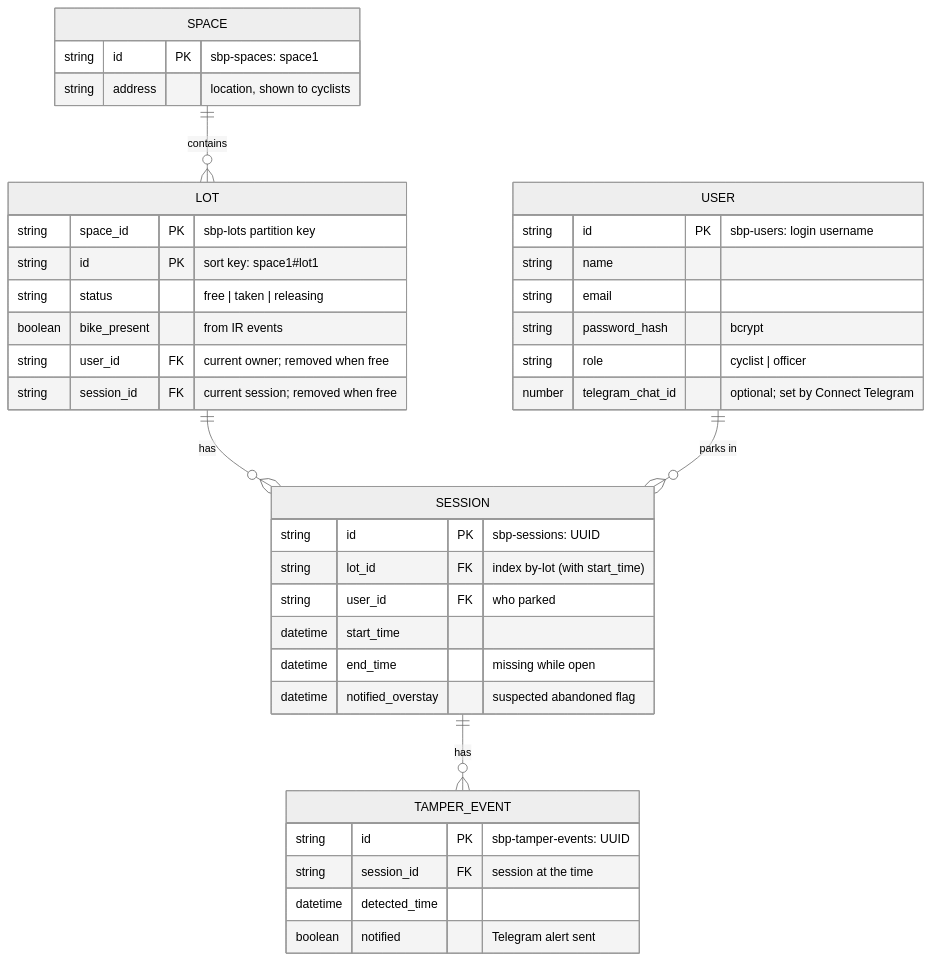
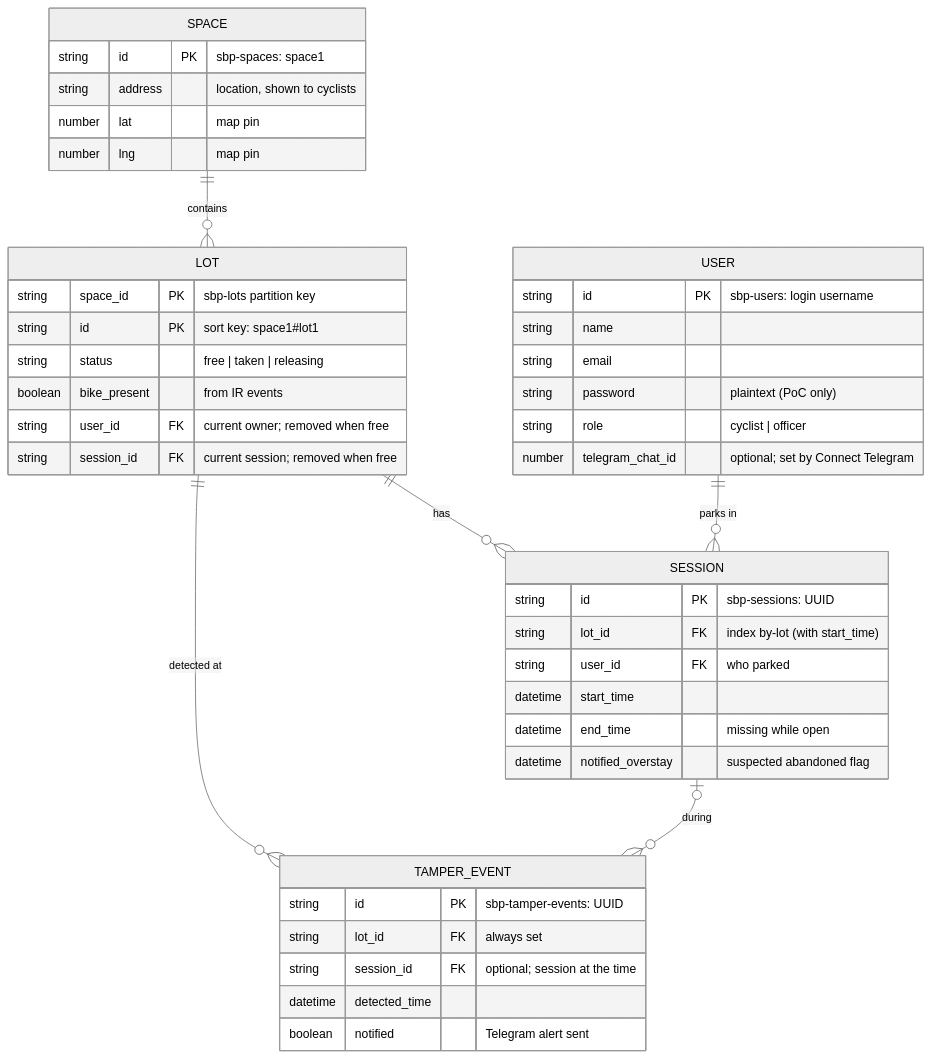
The diagram in docs/agreed-names-and-formats.md (realestzeyu/smart-bike-parking), drawn with Mermaid (neutral theme) before and after one commit. The commit also changed other lines of this file and 10 other files, not shown here.

Commit message:
updated ERD into terraform with lng/lat and changed stack from NiceGUI to traditional FastAPI and added webapp design pngs

````diff
--- a/docs/agreed-names-and-formats.md
+++ b/docs/agreed-names-and-formats.md
@@ -38,42 +43,46 @@
 ```mermaid
 erDiagram
     SPACE ||--o{ LOT : contains
     LOT ||--o{ SESSION : has
     USER ||--o{ SESSION : "parks in"
-    SESSION ||--o{ TAMPER_EVENT : has
+    LOT ||--o{ TAMPER_EVENT : "detected at"
+    SESSION |o--o{ TAMPER_EVENT : "during"
 
     SPACE {
         string id PK "sbp-spaces: space1"
         string address "location, shown to cyclists"
+        number lat "map pin"
+        number lng "map pin"
     }
     LOT {
         string space_id PK "sbp-lots partition key"
         string id PK "sort key: space1#lot1"
         string status "free | taken | releasing"
         boolean bike_present "from IR events"
         string user_id FK "current owner; removed when free"
         string session_id FK "current session; removed when free"
     }
     USER {
         string id PK "sbp-users: login username"
         string name
         string email
-        string password_hash "bcrypt"
+        string password "plaintext (PoC only)"
         string role "cyclist | officer"
         number telegram_chat_id "optional; set by Connect Telegram"
     }
     SESSION {
         string id PK "sbp-sessions: UUID"
         string lot_id FK "index by-lot (with start_time)"
         string user_id FK "who parked"
         datetime start_time
         datetime end_time "missing while open"
         datetime notified_overstay "suspected abandoned flag"
     }
     TAMPER_EVENT {
         string id PK "sbp-tamper-events: UUID"
-        string session_id FK "session at the time"
+        string lot_id FK "always set"
+        string session_id FK "optional; session at the time"
         datetime detected_time
         boolean notified "Telegram alert sent"
     }
 ```
````
